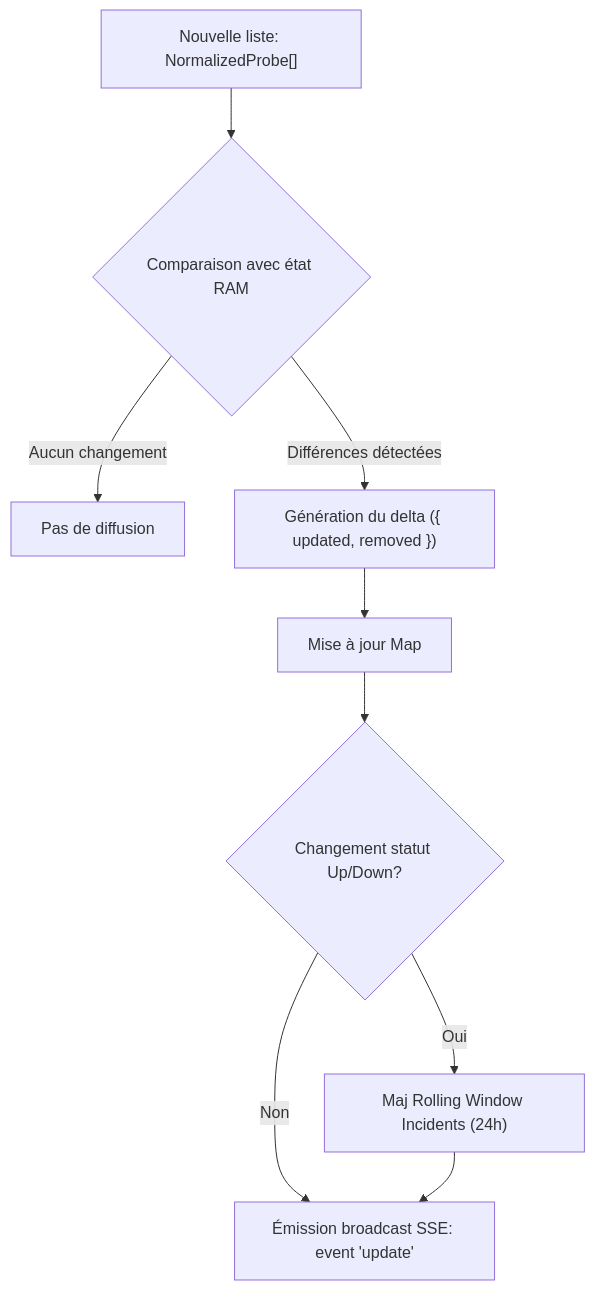
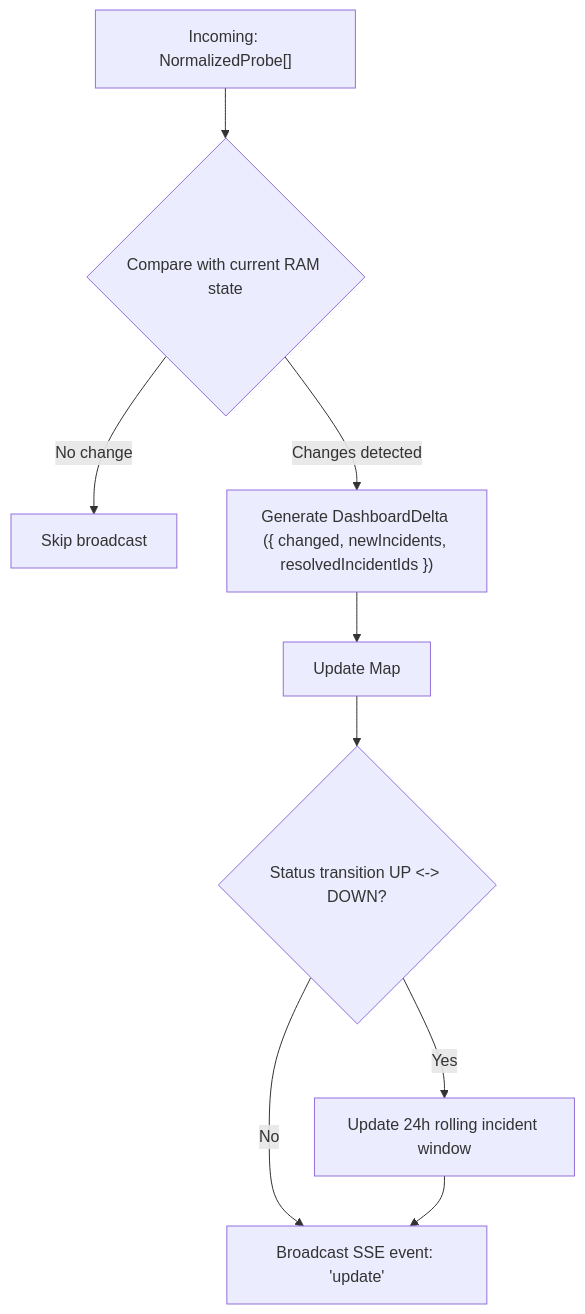
The second of 3 diagrams in docs/ARCHITECTURE.md (Kwaadpepper/kato-dashboard), drawn with Mermaid before and after one commit. The commit also changed other lines of this file and 70 other files, not shown here.

````diff
--- a/docs/ARCHITECTURE.md
+++ b/docs/ARCHITECTURE.md
@@ -147,11 +149,11 @@
 ```mermaid
 flowchart TD
-    Incomming["Nouvelle liste: NormalizedProbe[]"] --> DiffCheck{"Comparaison avec état RAM"}
-    DiffCheck -->|Aucun changement| Ignore["Pas de diffusion"]
-    DiffCheck -->|Différences détectées| DeltaGen["Génération du delta ({ updated, removed })"]
-    DeltaGen --> UpdateRAM["Mise à jour Map<string, NormalizedProbe>"]
-    UpdateRAM --> IncCheck{"Changement statut Up/Down?"}
-    IncCheck -->|Oui| RecordInc["Maj Rolling Window Incidents (24h)"]
-    IncCheck -->|Non| EmitSSE["Émission broadcast SSE: event 'update'"]
+    Incoming["Incoming: NormalizedProbe[]"] --> DiffCheck{"Compare with current RAM state"}
+    DiffCheck -->|No change| Ignore["Skip broadcast"]
+    DiffCheck -->|Changes detected| DeltaGen["Generate DashboardDelta ({ changed, newIncidents, resolvedIncidentIds })"]
+    DeltaGen --> UpdateRAM["Update Map<string, NormalizedProbe>"]
+    UpdateRAM --> IncCheck{"Status transition UP <-> DOWN?"}
+    IncCheck -->|Yes| RecordInc["Update 24h rolling incident window"]
+    IncCheck -->|No| EmitSSE["Broadcast SSE event: 'update'"]
     RecordInc --> EmitSSE
 ```
````
